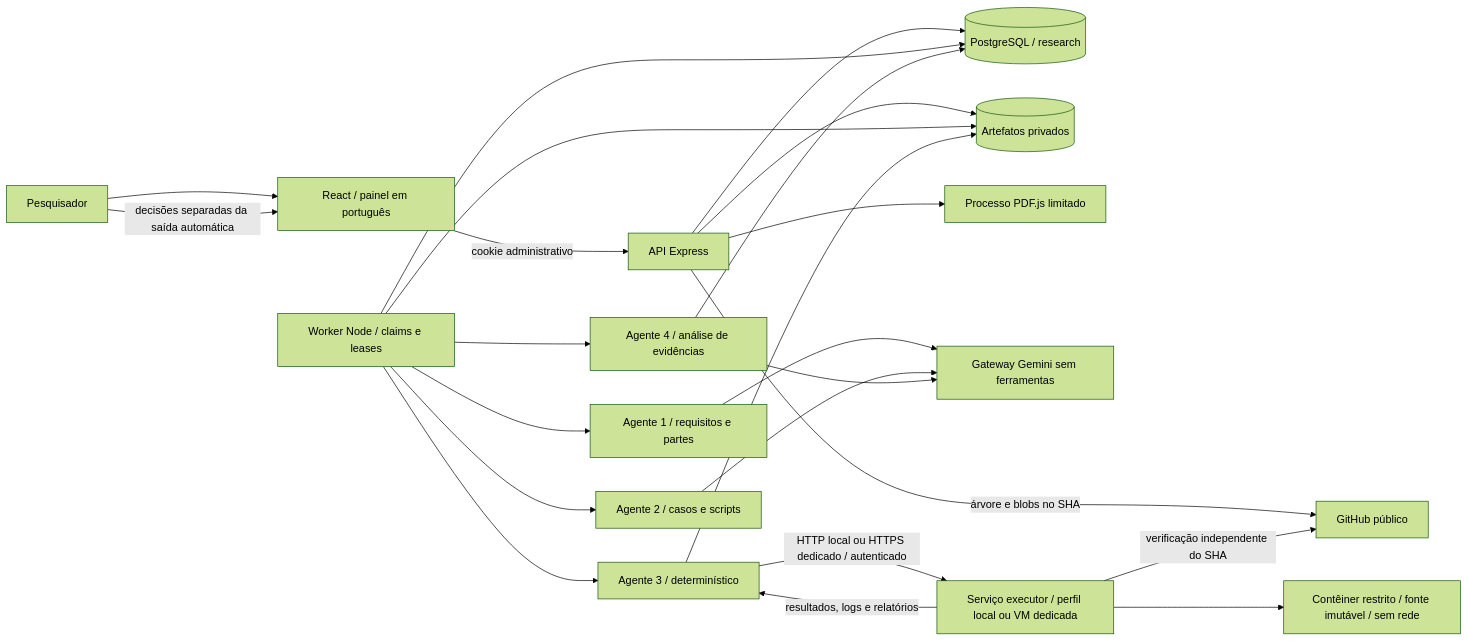
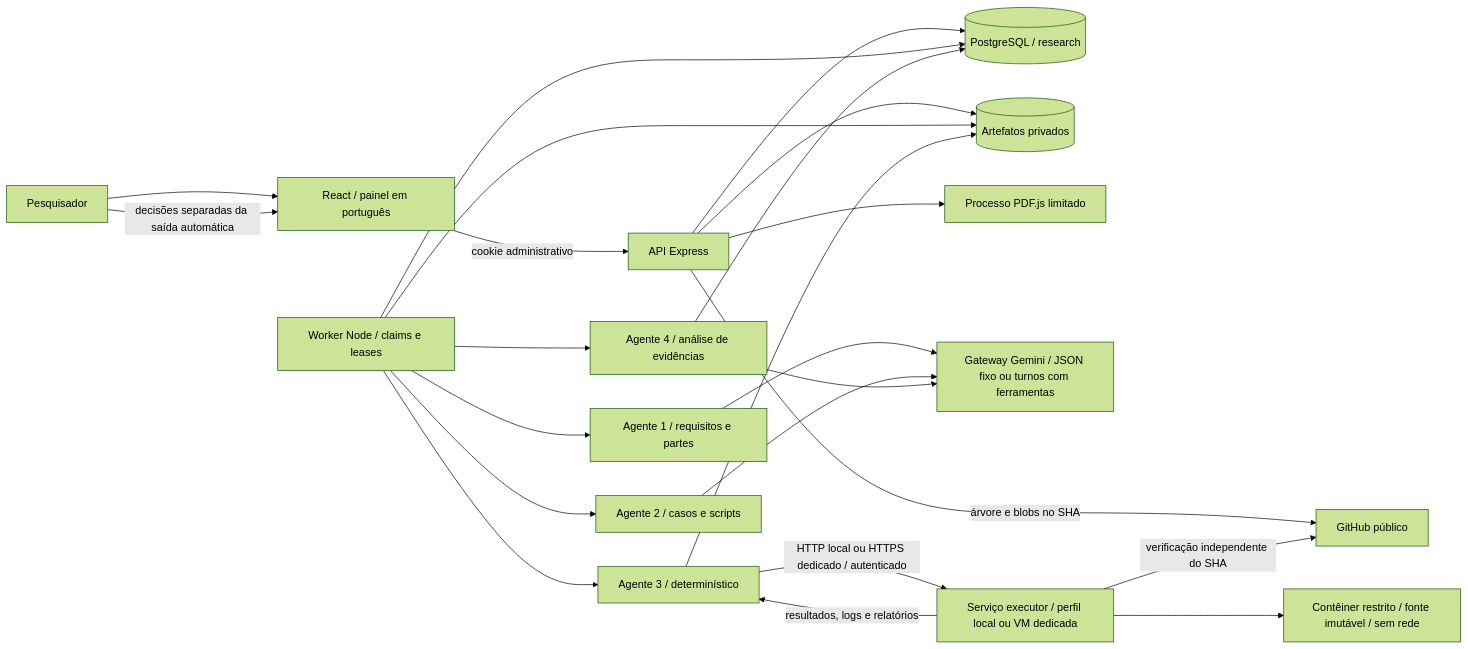
Before and after one commit to lucaasbonfim/tcc: the first of 3 diagrams in docs/ARQUITETURA_PESQUISA.md, drawn with Mermaid (forest theme). The commit also changed other lines of this file and 9 other files, not shown here.

````diff
--- a/docs/ARQUITETURA_PESQUISA.md
+++ b/docs/ARQUITETURA_PESQUISA.md
@@ -11,25 +11,25 @@
 ```mermaid
 flowchart LR
   H[Pesquisador] --> UI[React / painel em português]
   UI -->|cookie administrativo| API[API Express]
   API --> PG[(PostgreSQL / research)]
   API --> FS[(Artefatos privados)]
   API -->|árvore e blobs no SHA| GH[GitHub público]
   API --> PDF[Processo PDF.js limitado]
   W[Worker Node / claims e leases] --> PG
   W --> FS
   W --> A1[Agente 1 / requisitos e partes]
   W --> A2[Agente 2 / casos e scripts]
-  A1 --> G[Gateway Gemini sem ferramentas]
+  A1 --> G[Gateway Gemini / JSON fixo ou turnos com ferramentas]
   A2 --> G
   W --> A3[Agente 3 / determinístico]
   A3 -->|HTTP local ou HTTPS dedicado / autenticado| E[Serviço executor / perfil local ou VM dedicada]
   E -->|verificação independente do SHA| GH
   E --> C[Contêiner restrito / fonte imutável / sem rede]
   E -->|resultados, logs e relatórios| A3
   A3 --> FS
   W --> A4[Agente 4 / análise de evidências]
   A4 --> G
   A4 --> PG
   H -->|decisões separadas da saída automática| UI
 ```
````
